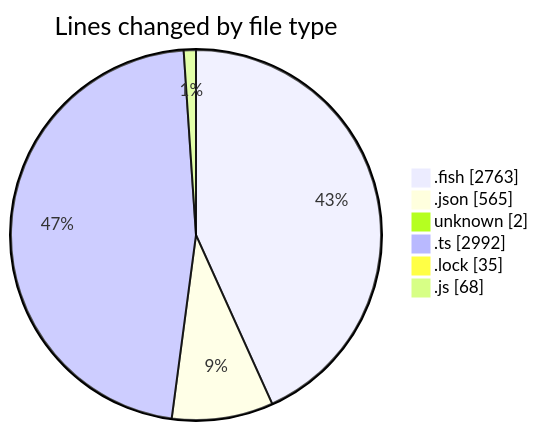
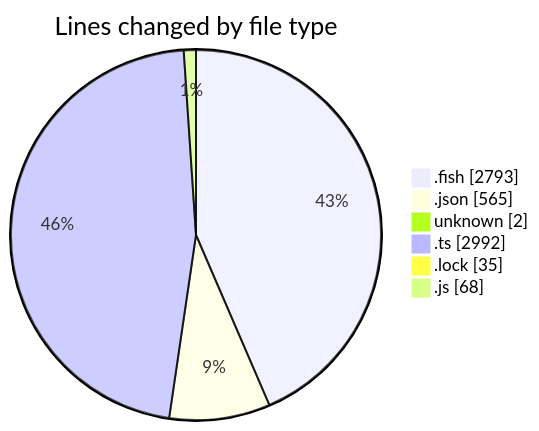
Before and after one commit to EIIisD/code-tracking: the first of 2 diagrams in 2025-07-12/fish/README.md, drawn with Mermaid. The commit also changed other lines of this file and 1 other file, not shown here.

````diff
--- a/2025-07-12/fish/README.md
+++ b/2025-07-12/fish/README.md
@@ -156,10 +156,10 @@
 ```mermaid
 pie showData
 title Lines changed by file type
-".fish" : 2763
+".fish" : 2793
 ".json" : 565
 "unknown" : 2
 ".ts" : 2992
 ".lock" : 35
 ".js" : 68
 ```
````
